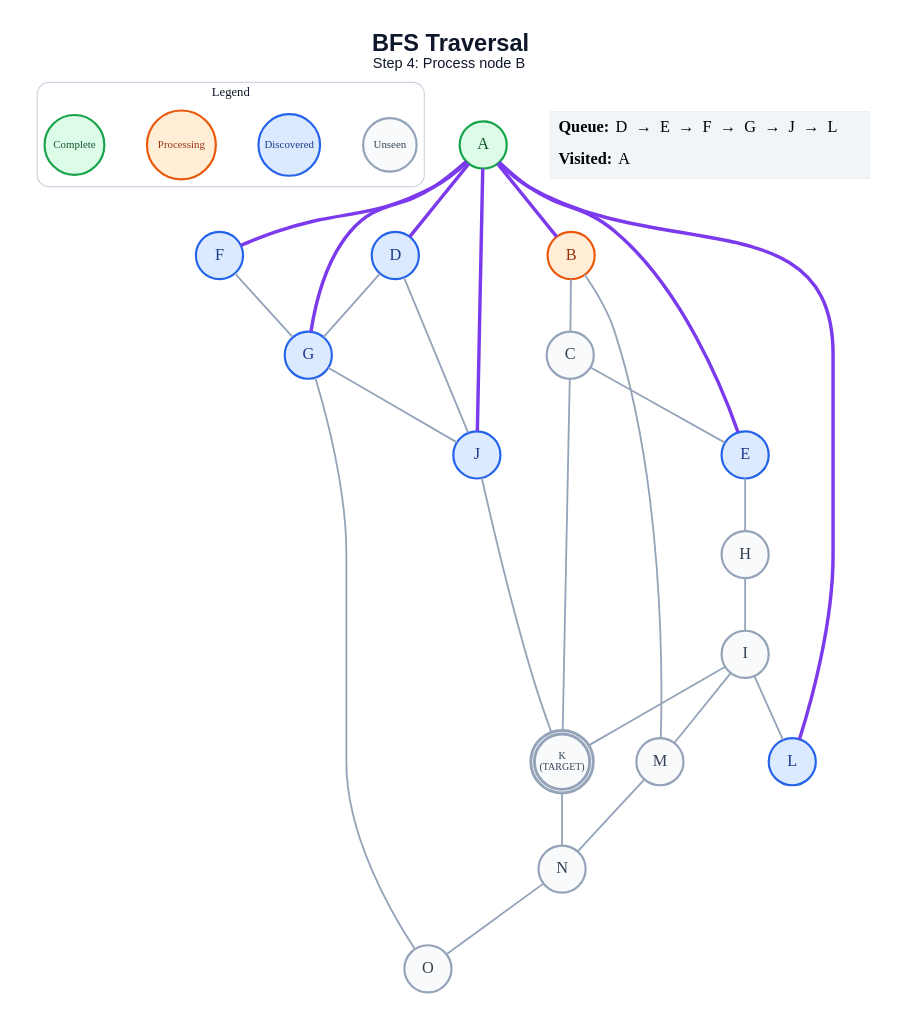
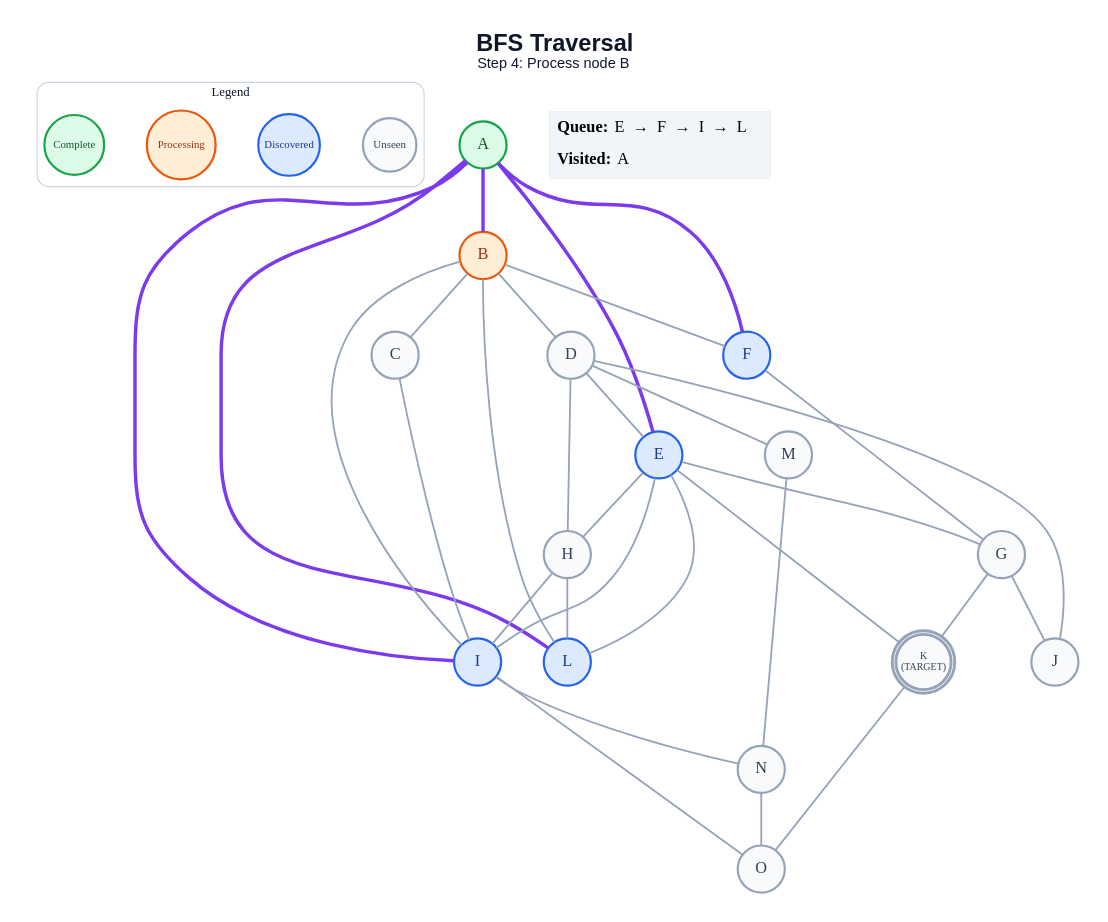
The diagram in generated/short-circuit/bfs/step_04.dot (anon7238593-create/ai-slop), drawn with Graphviz before and after one commit. The commit also changed 263 other files, not shown here.

```diff
--- a/generated/short-circuit/bfs/step_04.dot
+++ b/generated/short-circuit/bfs/step_04.dot
@@ -1,59 +1,64 @@
 graph traversal {
   graph [layout=dot, rankdir=TB, bgcolor="#FFFFFF", pad="0.35", nodesep="0.65", ranksep="0.8", fontname="Arial"];
   node [shape=circle, style="filled", fontname="Arial Bold", fontsize=18, width=0.72, fixedsize=true, penwidth=2.4];
   edge [color="#94A3B8", penwidth=2.0];
   label=<<B>BFS Traversal</B><BR/><FONT POINT-SIZE="16">Step 4: Process node B</FONT>>; labelloc="t"; fontsize=26; fontname="Arial"; fontcolor="#0F172A";
   subgraph cluster_legend { label="Legend"; color="#CBD5E1"; penwidth=1.2; style="rounded"; fontsize=14; fontname="Arial Bold";
     key_unseen [label="Unseen", fillcolor="#F8FAFC", color="#94A3B8", fontcolor="#334155", fontsize=12, width=0.82];
     key_frontier [label="Discovered", fillcolor="#DBEAFE", color="#2563EB", fontcolor="#1E3A8A", fontsize=12, width=0.95];
     key_current [label="Processing", fillcolor="#FFEDD5", color="#EA580C", fontcolor="#9A3412", fontsize=12, width=1.05];
     key_done [label="Complete", fillcolor="#DCFCE7", color="#16A34A", fontcolor="#14532D", fontsize=12, width=0.92];
     { rank=same; key_unseen; key_frontier; key_current; key_done; }
   }
   A [label="A", fillcolor="#DCFCE7", color="#16A34A", fontcolor="#14532D", peripheries=1, penwidth=2.4];
   B [label="B", fillcolor="#FFEDD5", color="#EA580C", fontcolor="#9A3412", peripheries=1, penwidth=2.4];
   C [label="C", fillcolor="#F8FAFC", color="#94A3B8", fontcolor="#334155", peripheries=1, penwidth=2.4];
-  D [label="D", fillcolor="#DBEAFE", color="#2563EB", fontcolor="#1E3A8A", peripheries=1, penwidth=2.4];
+  D [label="D", fillcolor="#F8FAFC", color="#94A3B8", fontcolor="#334155", peripheries=1, penwidth=2.4];
   E [label="E", fillcolor="#DBEAFE", color="#2563EB", fontcolor="#1E3A8A", peripheries=1, penwidth=2.4];
   F [label="F", fillcolor="#DBEAFE", color="#2563EB", fontcolor="#1E3A8A", peripheries=1, penwidth=2.4];
-  G [label="G", fillcolor="#DBEAFE", color="#2563EB", fontcolor="#1E3A8A", peripheries=1, penwidth=2.4];
+  G [label="G", fillcolor="#F8FAFC", color="#94A3B8", fontcolor="#334155", peripheries=1, penwidth=2.4];
   H [label="H", fillcolor="#F8FAFC", color="#94A3B8", fontcolor="#334155", peripheries=1, penwidth=2.4];
-  I [label="I", fillcolor="#F8FAFC", color="#94A3B8", fontcolor="#334155", peripheries=1, penwidth=2.4];
-  J [label="J", fillcolor="#DBEAFE", color="#2563EB", fontcolor="#1E3A8A", peripheries=1, penwidth=2.4];
+  I [label="I", fillcolor="#DBEAFE", color="#2563EB", fontcolor="#1E3A8A", peripheries=1, penwidth=2.4];
+  J [label="J", fillcolor="#F8FAFC", color="#94A3B8", fontcolor="#334155", peripheries=1, penwidth=2.4];
   K [label="K\n(TARGET)", fillcolor="#F8FAFC", color="#94A3B8", fontcolor="#334155", peripheries=2, penwidth=3.2, fontsize=11, width=0.85, height=0.85];
   L [label="L", fillcolor="#DBEAFE", color="#2563EB", fontcolor="#1E3A8A", peripheries=1, penwidth=2.4];
   M [label="M", fillcolor="#F8FAFC", color="#94A3B8", fontcolor="#334155", peripheries=1, penwidth=2.4];
   N [label="N", fillcolor="#F8FAFC", color="#94A3B8", fontcolor="#334155", peripheries=1, penwidth=2.4];
   O [label="O", fillcolor="#F8FAFC", color="#94A3B8", fontcolor="#334155", peripheries=1, penwidth=2.4];
   A -- B [color="#7C3AED", penwidth=3.8];
-  A -- D [color="#7C3AED", penwidth=3.8];
   A -- E [color="#7C3AED", penwidth=3.8];
   A -- F [color="#7C3AED", penwidth=3.8];
-  A -- G [color="#7C3AED", penwidth=3.8];
-  A -- J [color="#7C3AED", penwidth=3.8];
+  A -- I [color="#7C3AED", penwidth=3.8];
   A -- L [color="#7C3AED", penwidth=3.8];
   B -- C;
-  B -- M;
-  C -- E;
-  C -- K;
-  D -- G;
+  B -- D;
+  B -- F;
+  B -- I;
+  B -- L;
+  C -- I;
+  D -- E;
+  D -- H;
   D -- J;
+  D -- M;
+  E -- G;
   E -- H;
+  E -- I;
+  E -- K;
+  E -- L;
   F -- G;
   G -- J;
-  G -- O;
+  G -- K;
   H -- I;
-  I -- K;
-  I -- L;
-  I -- M;
-  J -- K;
-  K -- N;
+  H -- L;
+  I -- N;
+  I -- O;
+  K -- O;
   M -- N;
   N -- O;
   status [shape=plain, fixedsize=false, width=0, height=0, margin=0, label=<
     <TABLE BORDER="0" CELLBORDER="0" CELLPADDING="7" BGCOLOR="#F1F5F9">
-      <TR><TD ALIGN="LEFT"><B>Queue:</B> D  →  E  →  F  →  G  →  J  →  L</TD></TR>
+      <TR><TD ALIGN="LEFT"><B>Queue:</B> E  →  F  →  I  →  L</TD></TR>
       <TR><TD ALIGN="LEFT"><B>Visited:</B> A</TD></TR>
     </TABLE>
   >];
 }
```
